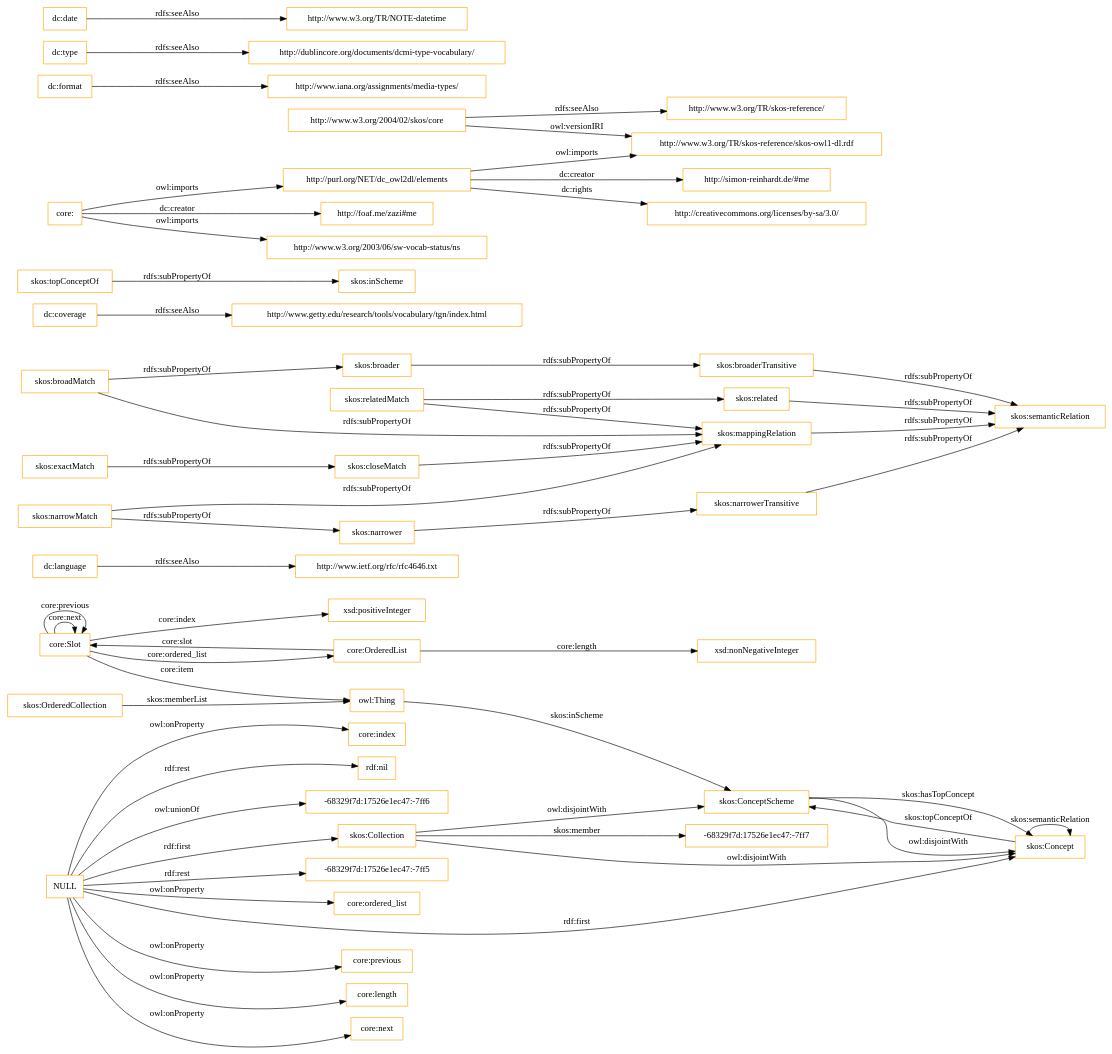
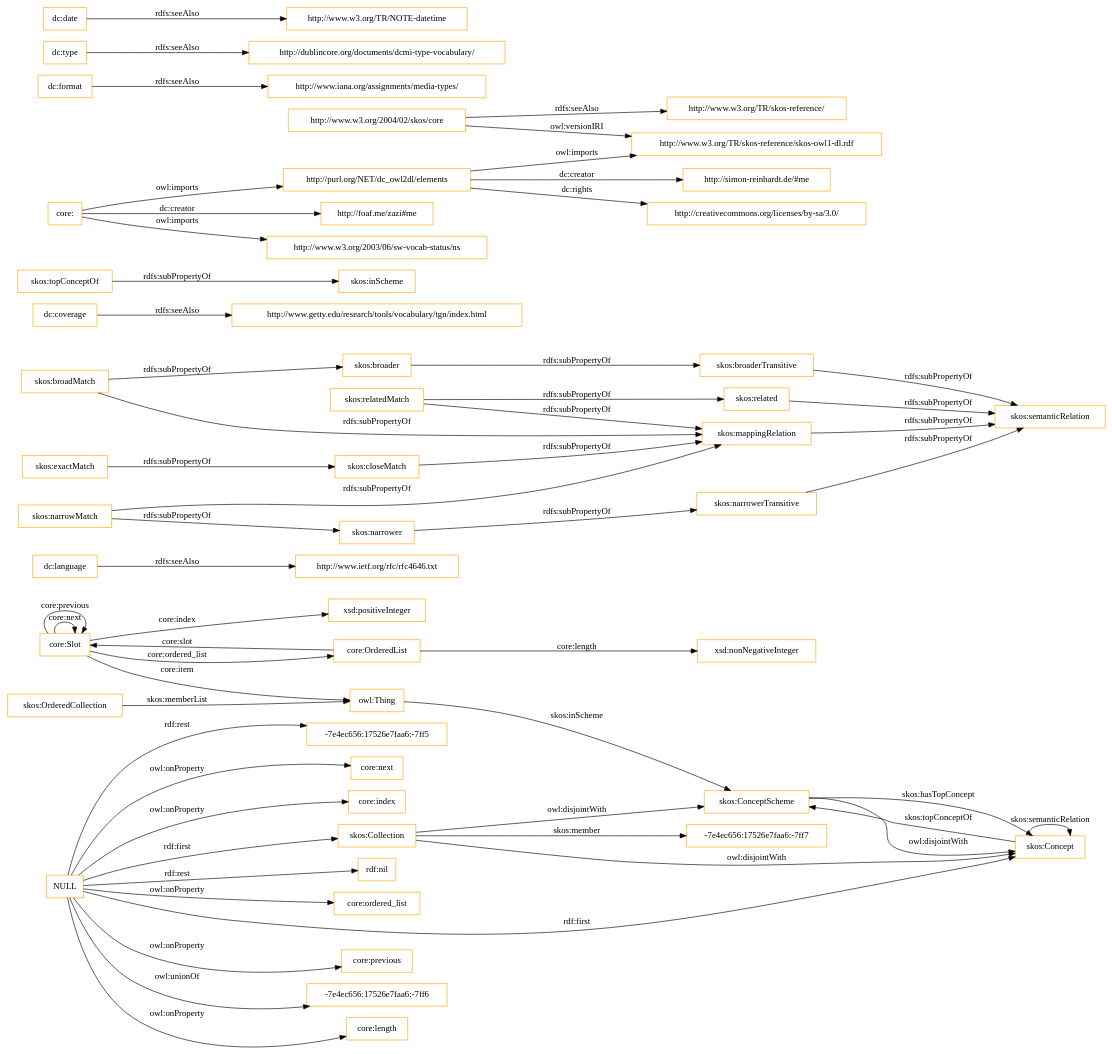
The diagram in OnToology/imports/core.owl/diagrams/ar2dtool-class/core.owl.png.dot (OnToologyUser/core-ontology-1), drawn with Graphviz before and after one commit. The commit also changed 14 other files, not shown here.

```diff
--- a/OnToology/imports/core.owl/diagrams/ar2dtool-class/core.owl.png.dot
+++ b/OnToology/imports/core.owl/diagrams/ar2dtool-class/core.owl.png.dot
@@ -1,60 +1,60 @@
 digraph ar2dtool_diagram { 
 rankdir=LR;
 size="1501"
-node [shape = rectangle, color="orange"]; "core:Slot" "core:OrderedList" "-68329f7d:17526e1ec47:-7ff7" "skos:OrderedCollection" "skos:Collection" "skos:ConceptScheme" "skos:Concept" ; /*classes style*/
+node [shape = rectangle, color="orange"]; "core:Slot" "core:OrderedList" "-7e4ec656:17526e7faa6:-7ff7" "skos:OrderedCollection" "skos:Collection" "skos:ConceptScheme" "skos:Concept" ; /*classes style*/
 	"dc:language" -> "http://www.ietf.org/rfc/rfc4646.txt" [ label = "rdfs:seeAlso" ];
 	"NULL" -> "core:previous" [ label = "owl:onProperty" ];
+	"NULL" -> "-7e4ec656:17526e7faa6:-7ff6" [ label = "owl:unionOf" ];
 	"NULL" -> "core:length" [ label = "owl:onProperty" ];
 	"NULL" -> "skos:Concept" [ label = "rdf:first" ];
+	"NULL" -> "-7e4ec656:17526e7faa6:-7ff5" [ label = "rdf:rest" ];
 	"NULL" -> "core:next" [ label = "owl:onProperty" ];
 	"NULL" -> "core:index" [ label = "owl:onProperty" ];
 	"NULL" -> "rdf:nil" [ label = "rdf:rest" ];
-	"NULL" -> "-68329f7d:17526e1ec47:-7ff6" [ label = "owl:unionOf" ];
-	"NULL" -> "-68329f7d:17526e1ec47:-7ff5" [ label = "rdf:rest" ];
 	"NULL" -> "core:ordered_list" [ label = "owl:onProperty" ];
 	"NULL" -> "skos:Collection" [ label = "rdf:first" ];
 	"skos:closeMatch" -> "skos:mappingRelation" [ label = "rdfs:subPropertyOf" ];
 	"dc:coverage" -> "http://www.getty.edu/research/tools/vocabulary/tgn/index.html" [ label = "rdfs:seeAlso" ];
 	"skos:relatedMatch" -> "skos:related" [ label = "rdfs:subPropertyOf" ];
 	"skos:relatedMatch" -> "skos:mappingRelation" [ label = "rdfs:subPropertyOf" ];
 	"skos:ConceptScheme" -> "skos:Concept" [ label = "owl:disjointWith" ];
 	"skos:related" -> "skos:semanticRelation" [ label = "rdfs:subPropertyOf" ];
 	"skos:topConceptOf" -> "skos:inScheme" [ label = "rdfs:subPropertyOf" ];
 	"skos:broadMatch" -> "skos:broader" [ label = "rdfs:subPropertyOf" ];
 	"skos:broadMatch" -> "skos:mappingRelation" [ label = "rdfs:subPropertyOf" ];
 	"http://purl.org/NET/dc_owl2dl/elements" -> "http://www.w3.org/TR/skos-reference/skos-owl1-dl.rdf" [ label = "owl:imports" ];
 	"http://purl.org/NET/dc_owl2dl/elements" -> "http://creativecommons.org/licenses/by-sa/3.0/" [ label = "dc:rights" ];
 	"http://purl.org/NET/dc_owl2dl/elements" -> "http://simon-reinhardt.de/#me" [ label = "dc:creator" ];
 	"skos:exactMatch" -> "skos:closeMatch" [ label = "rdfs:subPropertyOf" ];
 	"dc:format" -> "http://www.iana.org/assignments/media-types/" [ label = "rdfs:seeAlso" ];
 	"core:" -> "http://foaf.me/zazi#me" [ label = "dc:creator" ];
 	"core:" -> "http://www.w3.org/2003/06/sw-vocab-status/ns" [ label = "owl:imports" ];
 	"core:" -> "http://purl.org/NET/dc_owl2dl/elements" [ label = "owl:imports" ];
 	"skos:broaderTransitive" -> "skos:semanticRelation" [ label = "rdfs:subPropertyOf" ];
 	"skos:mappingRelation" -> "skos:semanticRelation" [ label = "rdfs:subPropertyOf" ];
 	"skos:broader" -> "skos:broaderTransitive" [ label = "rdfs:subPropertyOf" ];
 	"dc:type" -> "http://dublincore.org/documents/dcmi-type-vocabulary/" [ label = "rdfs:seeAlso" ];
 	"http://www.w3.org/2004/02/skos/core" -> "http://www.w3.org/TR/skos-reference/skos-owl1-dl.rdf" [ label = "owl:versionIRI" ];
 	"http://www.w3.org/2004/02/skos/core" -> "http://www.w3.org/TR/skos-reference/" [ label = "rdfs:seeAlso" ];
 	"skos:Collection" -> "skos:ConceptScheme" [ label = "owl:disjointWith" ];
 	"skos:Collection" -> "skos:Concept" [ label = "owl:disjointWith" ];
 	"skos:narrowMatch" -> "skos:narrower" [ label = "rdfs:subPropertyOf" ];
 	"skos:narrowMatch" -> "skos:mappingRelation" [ label = "rdfs:subPropertyOf" ];
 	"skos:narrower" -> "skos:narrowerTransitive" [ label = "rdfs:subPropertyOf" ];
 	"dc:date" -> "http://www.w3.org/TR/NOTE-datetime" [ label = "rdfs:seeAlso" ];
 	"skos:narrowerTransitive" -> "skos:semanticRelation" [ label = "rdfs:subPropertyOf" ];
 	"core:Slot" -> "xsd:positiveInteger" [ label = "core:index" ];
 	"skos:Concept" -> "skos:ConceptScheme" [ label = "skos:topConceptOf" ];
 	"core:Slot" -> "owl:Thing" [ label = "core:item" ];
 	"core:OrderedList" -> "xsd:nonNegativeInteger" [ label = "core:length" ];
 	"core:OrderedList" -> "core:Slot" [ label = "core:slot" ];
-	"skos:Collection" -> "-68329f7d:17526e1ec47:-7ff7" [ label = "skos:member" ];
+	"skos:Collection" -> "-7e4ec656:17526e7faa6:-7ff7" [ label = "skos:member" ];
 	"core:Slot" -> "core:Slot" [ label = "core:next" ];
 	"skos:ConceptScheme" -> "skos:Concept" [ label = "skos:hasTopConcept" ];
 	"owl:Thing" -> "skos:ConceptScheme" [ label = "skos:inScheme" ];
 	"core:Slot" -> "core:Slot" [ label = "core:previous" ];
 	"skos:OrderedCollection" -> "owl:Thing" [ label = "skos:memberList" ];
 	"skos:Concept" -> "skos:Concept" [ label = "skos:semanticRelation" ];
 	"core:Slot" -> "core:OrderedList" [ label = "core:ordered_list" ];
 
 }
```
